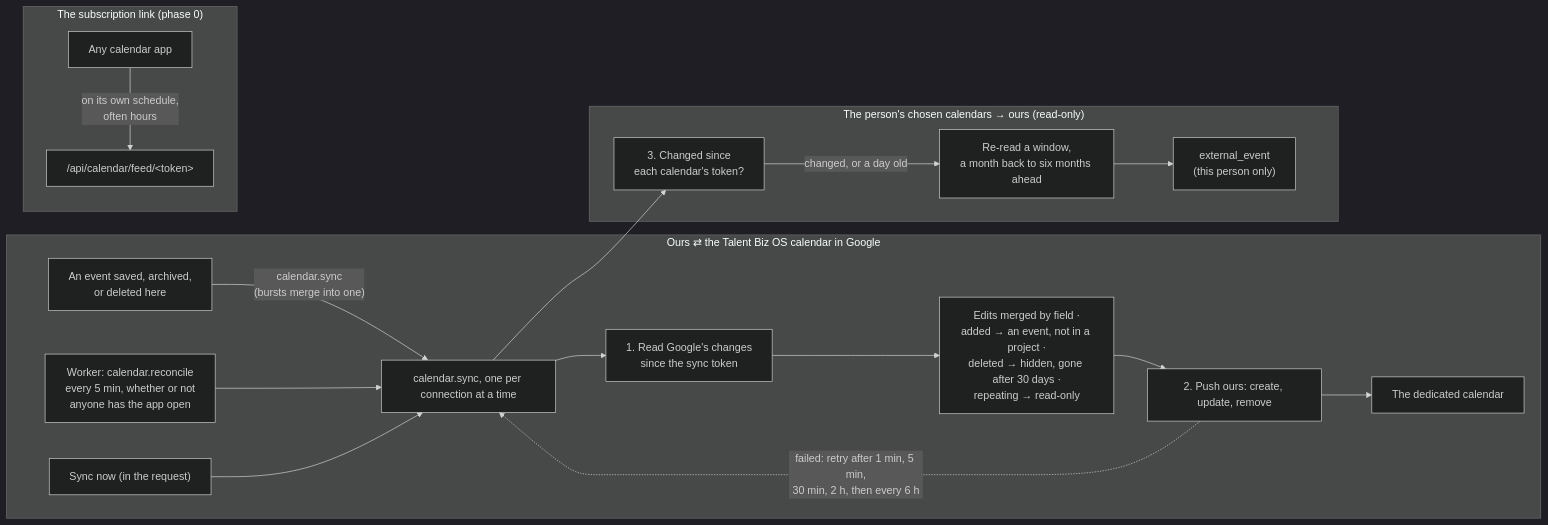
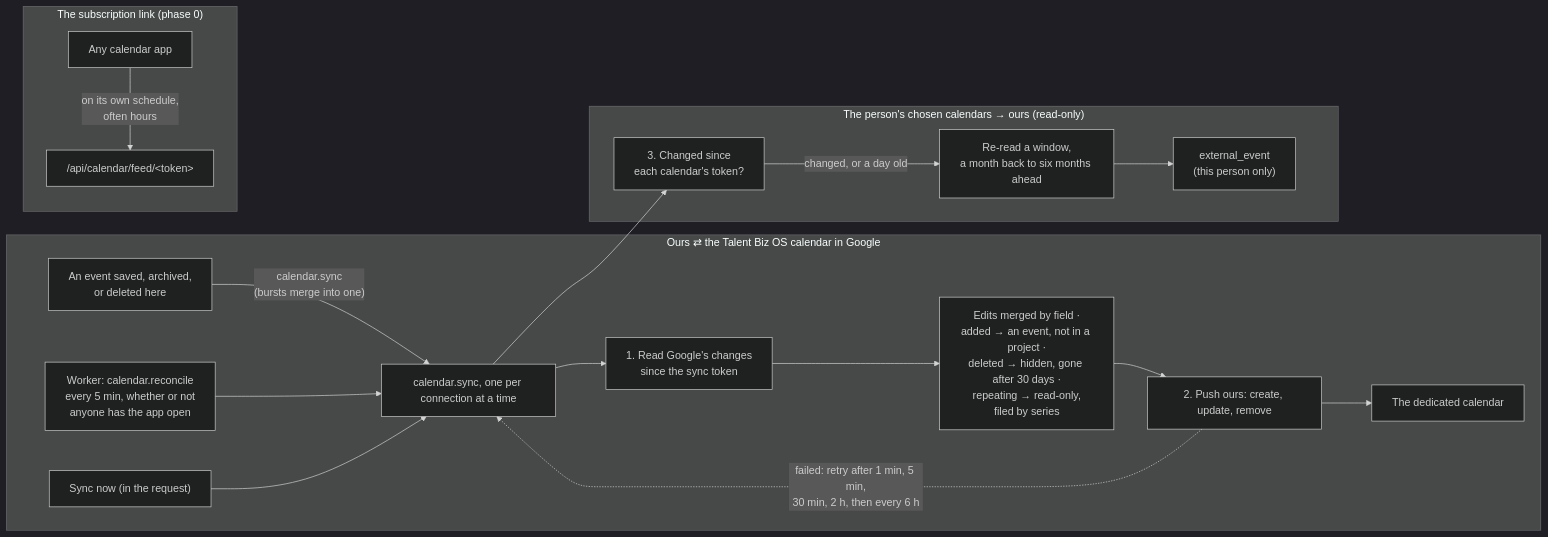
Before and after one commit to janiceyujie/talent_biz_os: the seventh of 9 diagrams in docs/system-map.md, drawn with Mermaid (dark theme). The commit also changed other lines of this file and 29 other files, not shown here.

````diff
--- a/docs/system-map.md
+++ b/docs/system-map.md
@@ -271,23 +271,23 @@
 ```mermaid
 flowchart LR
   subgraph Both["Ours ⇄ the Talent Biz OS calendar in Google"]
     E["An event saved, archived,<br/>or deleted here"] -->|"calendar.sync<br/>(bursts merge into one)"| CS["calendar.sync, one per connection at a time"]
     REC["Worker: calendar.reconcile<br/>every 5 min, whether or not<br/>anyone has the app open"] --> CS
     SN["Sync now (in the request)"] --> CS
     CS --> RB["1. Read Google's changes<br/>since the sync token"]
-    RB --> AP["Edits merged by field ·<br/>added → an event, not in a project ·<br/>deleted → hidden, gone after 30 days ·<br/>repeating → read-only"]
+    RB --> AP["Edits merged by field ·<br/>added → an event, not in a project ·<br/>deleted → hidden, gone after 30 days ·<br/>repeating → read-only,<br/>filed by series"]
     AP --> PU["2. Push ours: create, update, remove"]
     PU --> DC["The dedicated calendar"]
     PU -.->|"failed: retry after 1 min, 5 min,<br/>30 min, 2 h, then every 6 h"| CS
   end
 
   subgraph In["The person's chosen calendars → ours (read-only)"]
     CS --> CHK["3. Changed since<br/>each calendar's token?"]
     CHK -->|"changed, or a day old"| RD["Re-read a window,<br/>a month back to six months ahead"]
     RD --> EE["external_event<br/>(this person only)"]
   end
 
   subgraph Feed["The subscription link (phase 0)"]
     APP["Any calendar app"] -->|"on its own schedule,<br/>often hours"| ICS["/api/calendar/feed/&lt;token&gt;"]
   end
 ```
````
